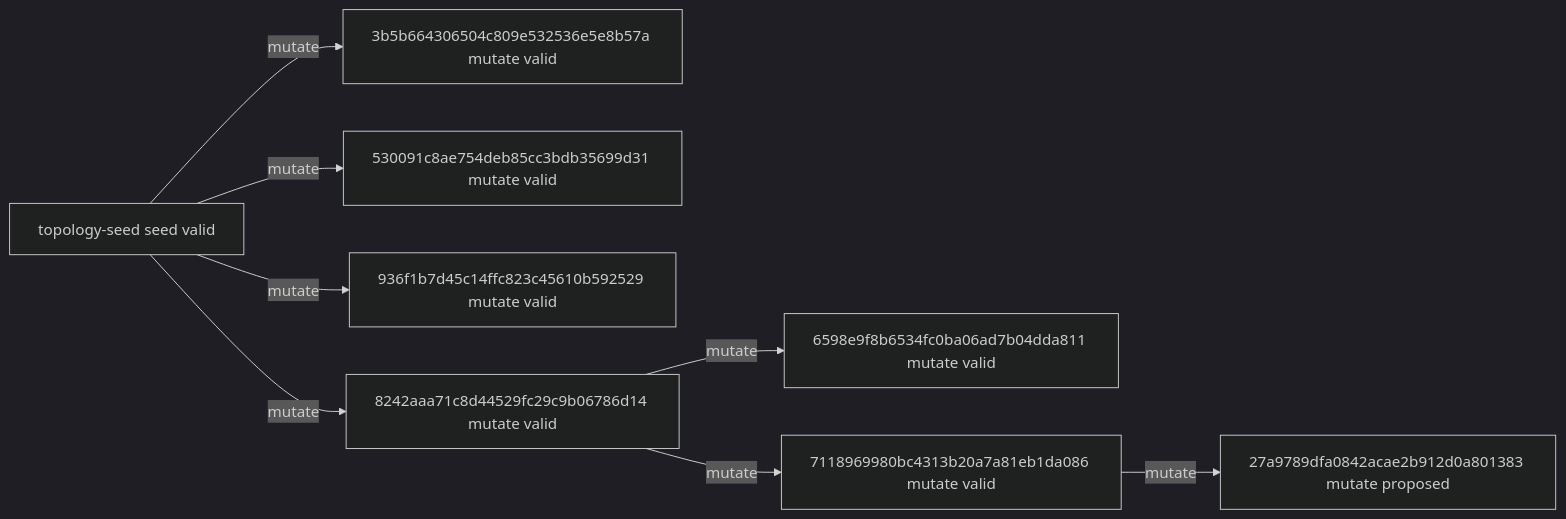
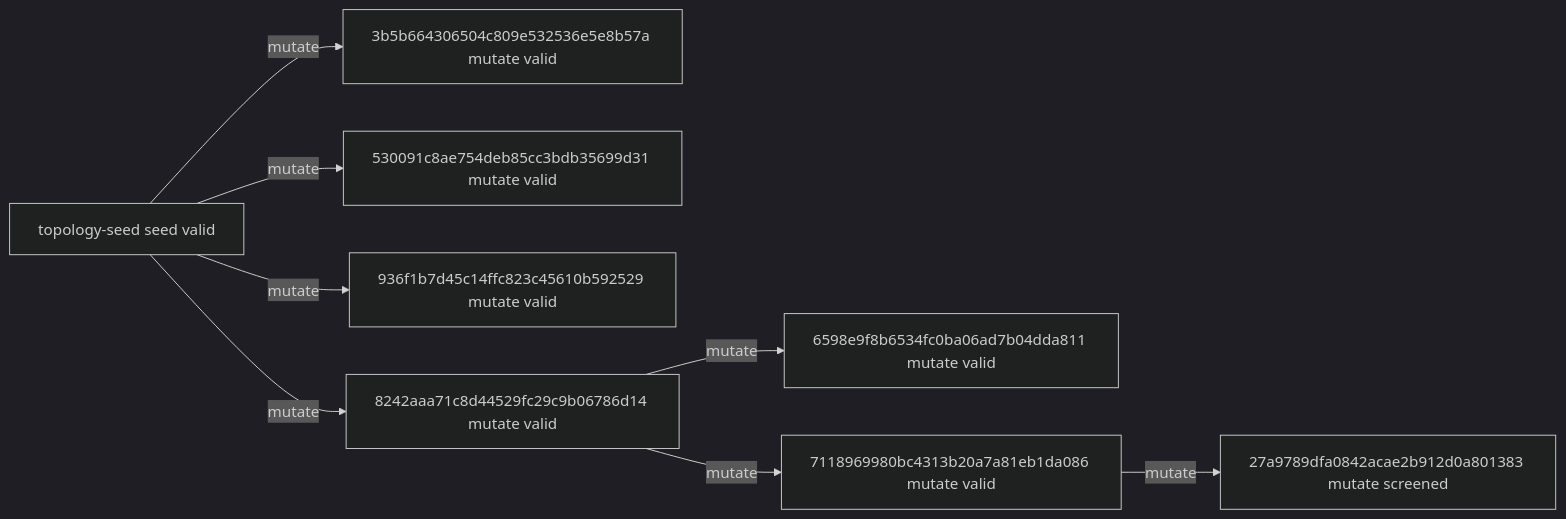
The diagram in experiments/campaigns/layout-numerical-lane1/README.md (timbtz/feyer-search-lab), drawn with Mermaid (dark theme) before and after one commit. The commit also changed other lines of this file and 7 other files, not shown here.

Commit message:
Record DAG campaign 27a9789dfa0842acae2b912d0a801383-screen

````diff
--- a/experiments/campaigns/layout-numerical-lane1/README.md
+++ b/experiments/campaigns/layout-numerical-lane1/README.md
@@ -21,18 +21,18 @@
 ```mermaid
 graph LR
   n0["topology-seed seed valid"]
   n1["3b5b664306504c809e532536e5e8b57a mutate valid"]
   n2["530091c8ae754deb85cc3bdb35699d31 mutate valid"]
   n3["936f1b7d45c14ffc823c45610b592529 mutate valid"]
   n4["8242aaa71c8d44529fc29c9b06786d14 mutate valid"]
   n5["6598e9f8b6534fc0ba06ad7b04dda811 mutate valid"]
   n6["7118969980bc4313b20a7a81eb1da086 mutate valid"]
-  n7["27a9789dfa0842acae2b912d0a801383 mutate proposed"]
+  n7["27a9789dfa0842acae2b912d0a801383 mutate screened"]
   n0 -->|mutate| n1
   n0 -->|mutate| n2
   n0 -->|mutate| n3
   n0 -->|mutate| n4
   n4 -->|mutate| n5
   n4 -->|mutate| n6
   n6 -->|mutate| n7
 ```
````
